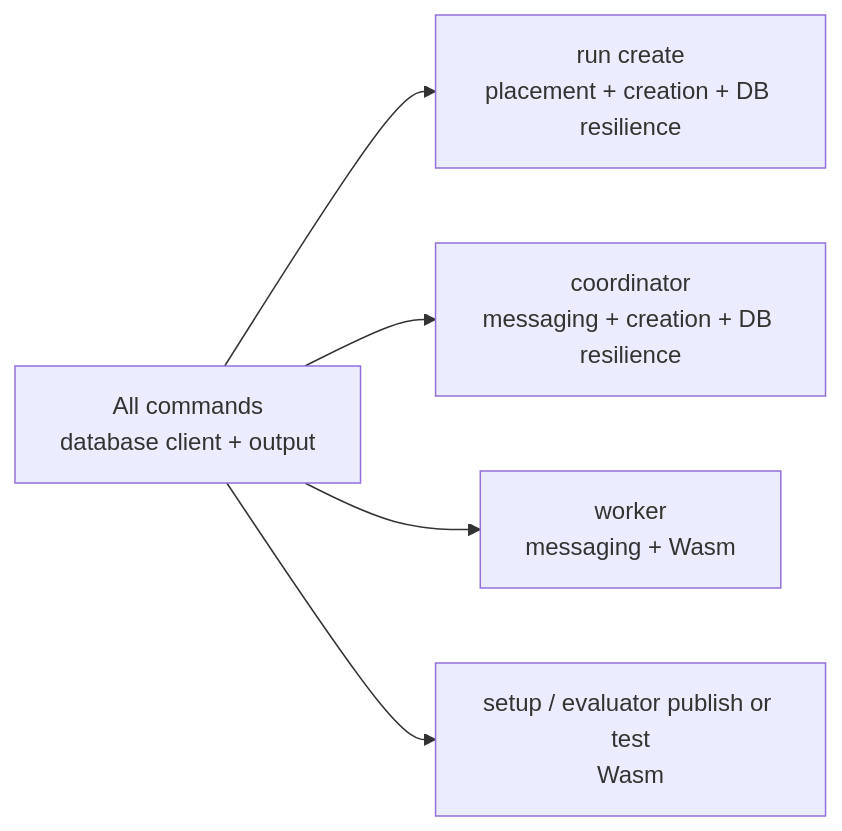
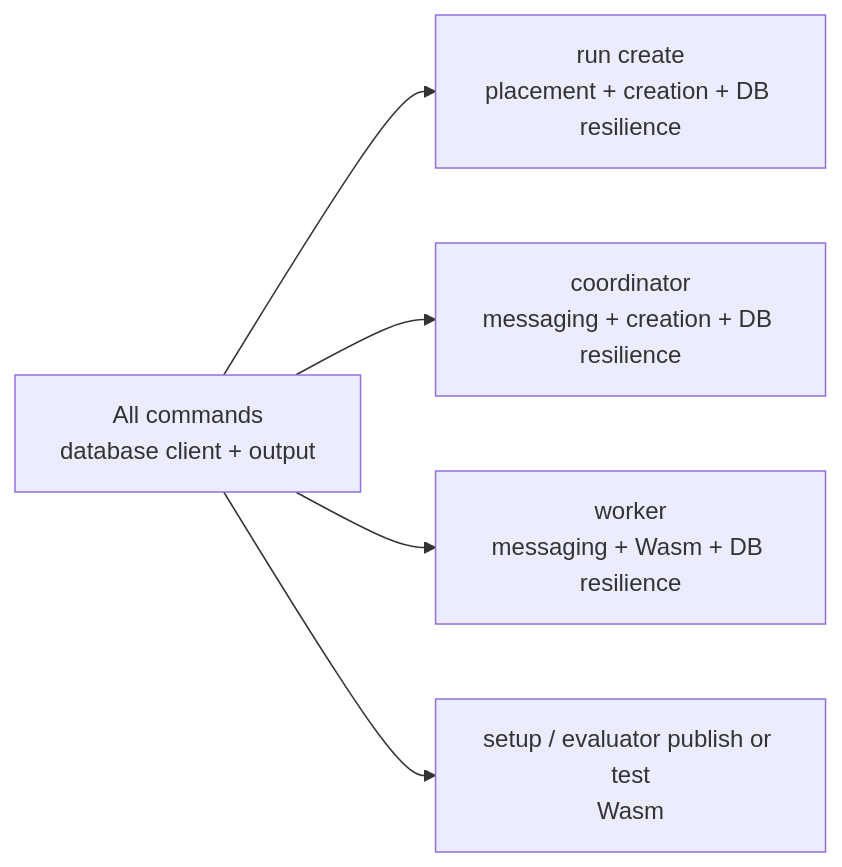
One commit to gregl83/agent-vigilo changed the first of 2 diagrams in web/docs/configuration/runtime-limits.mdx. Above: the diagram before and after it, drawn with Mermaid. The commit also changed other lines of this file and 8 other files, not shown here.

````diff
--- a/web/docs/configuration/runtime-limits.mdx
+++ b/web/docs/configuration/runtime-limits.mdx
@@ -20,13 +20,13 @@
 ```mermaid
 flowchart LR
     root["All commands<br/>database client + output"]
     create["run create<br/>placement + creation + DB resilience"]
     coordinator["coordinator<br/>messaging + creation + DB resilience"]
-    worker["worker<br/>messaging + Wasm"]
+    worker["worker<br/>messaging + Wasm + DB resilience"]
     evaluator["setup / evaluator publish or test<br/>Wasm"]
 
     root --> create
     root --> coordinator
     root --> worker
     root --> evaluator
 ```
````
